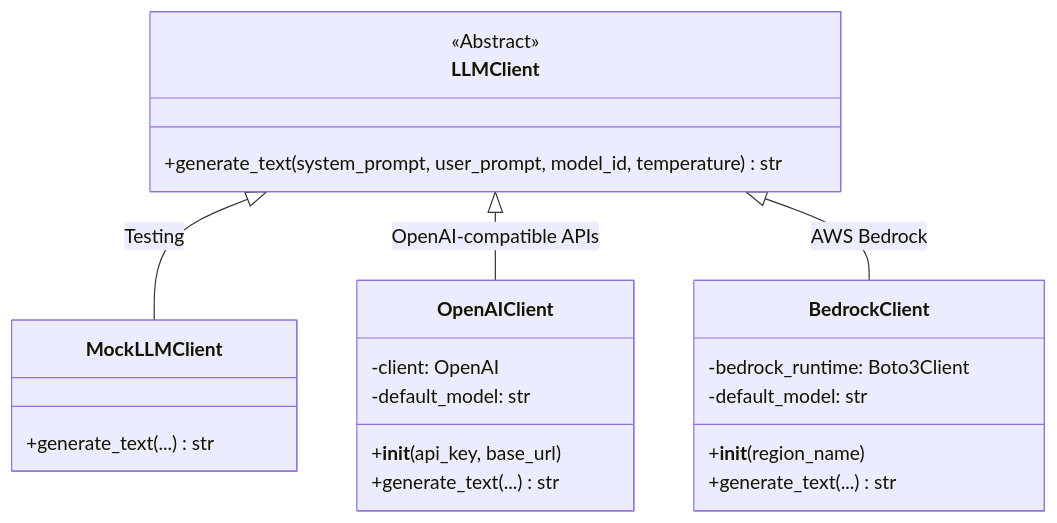
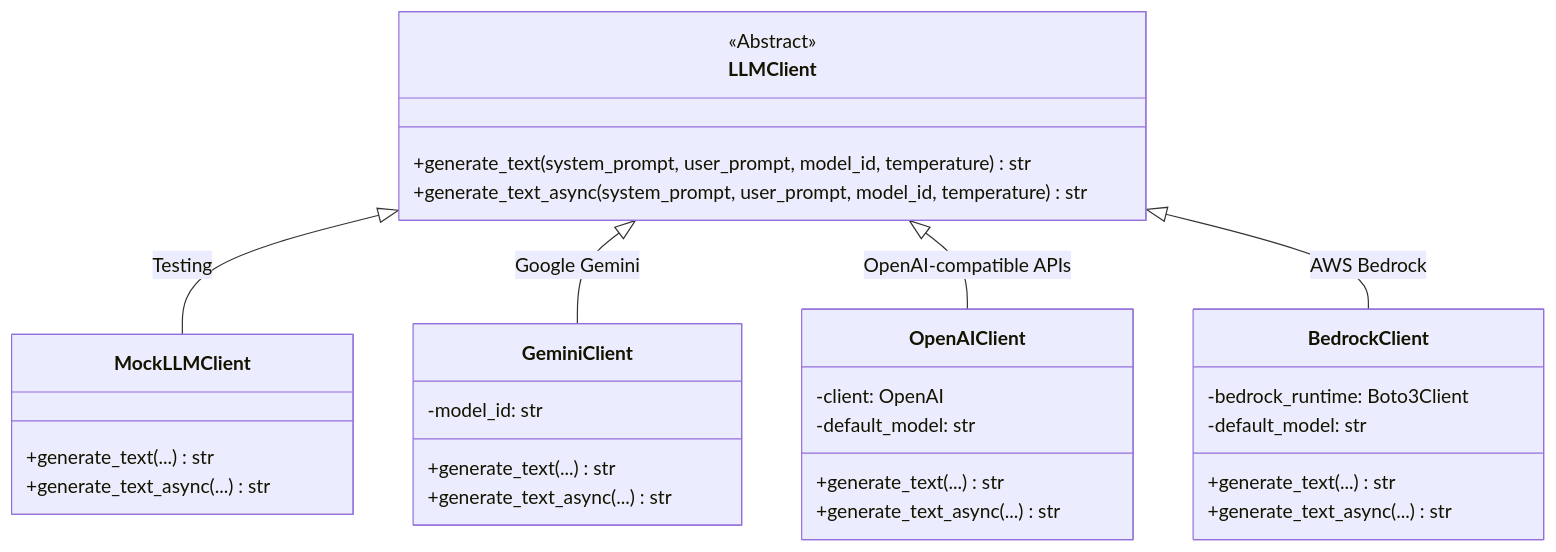
One commit to Keyhole-Koro/snackPersona changed the diagram in llm/README.md. Above: the diagram before and after it, drawn with Mermaid. The commit also changed other lines of this file and 23 other files, not shown here.

Commit message:
feat: Introduce comprehensive visualization tools, Gemini LLM client with rate limiting, and LLM configuration presets.

````diff
--- a/llm/README.md
+++ b/llm/README.md
@@ -17,26 +19,34 @@
 ```mermaid
 classDiagram
     class LLMClient {
         <<Abstract>>
         +generate_text(system_prompt, user_prompt, model_id, temperature) str
+        +generate_text_async(system_prompt, user_prompt, model_id, temperature) str
     }
     class MockLLMClient {
         +generate_text(...) str
+        +generate_text_async(...) str
+    }
+    class GeminiClient {
+        -model_id: str
+        +generate_text(...) str
+        +generate_text_async(...) str
     }
     class OpenAIClient {
         -client: OpenAI
         -default_model: str
-        +__init__(api_key, base_url)
         +generate_text(...) str
+        +generate_text_async(...) str
     }
     class BedrockClient {
         -bedrock_runtime: Boto3Client
         -default_model: str
-        +__init__(region_name)
         +generate_text(...) str
+        +generate_text_async(...) str
     }
 
     LLMClient <|-- MockLLMClient : Testing
+    LLMClient <|-- GeminiClient : Google Gemini
     LLMClient <|-- OpenAIClient : OpenAI-compatible APIs
     LLMClient <|-- BedrockClient : AWS Bedrock
 ```
````
